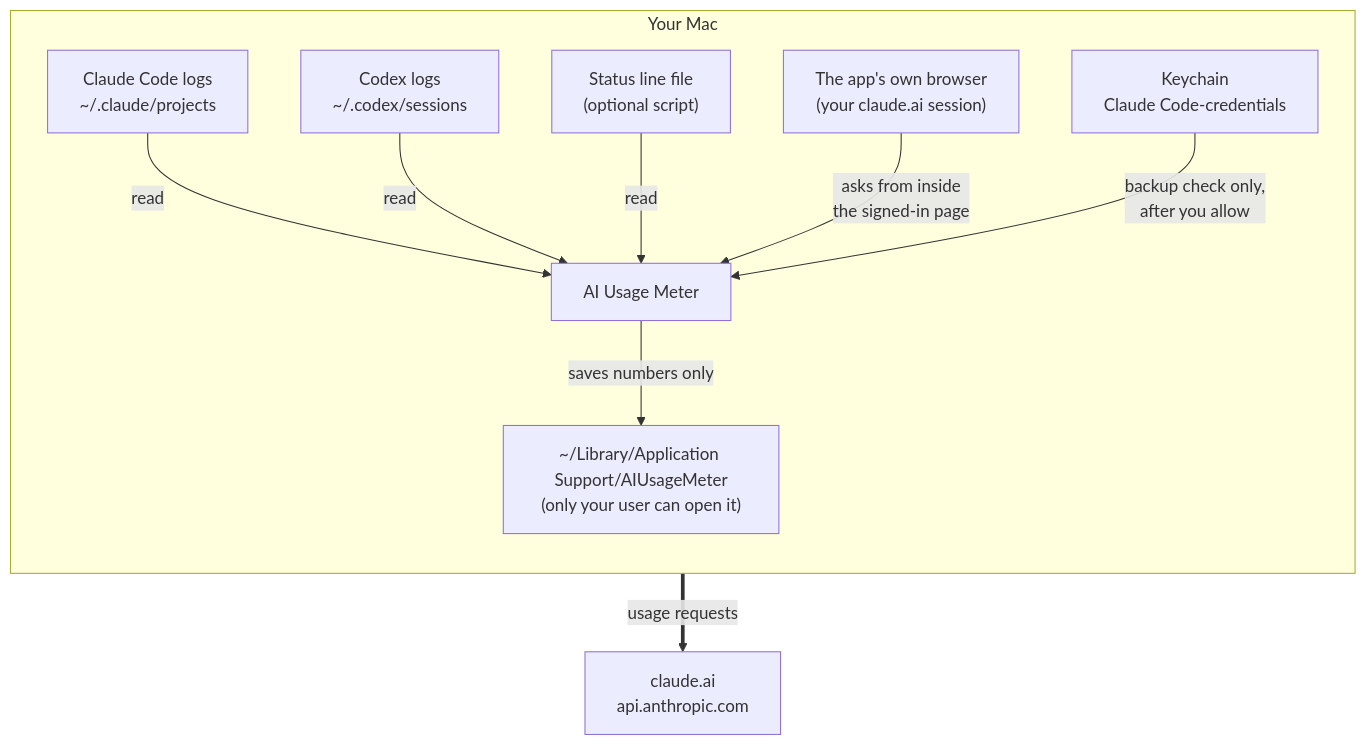
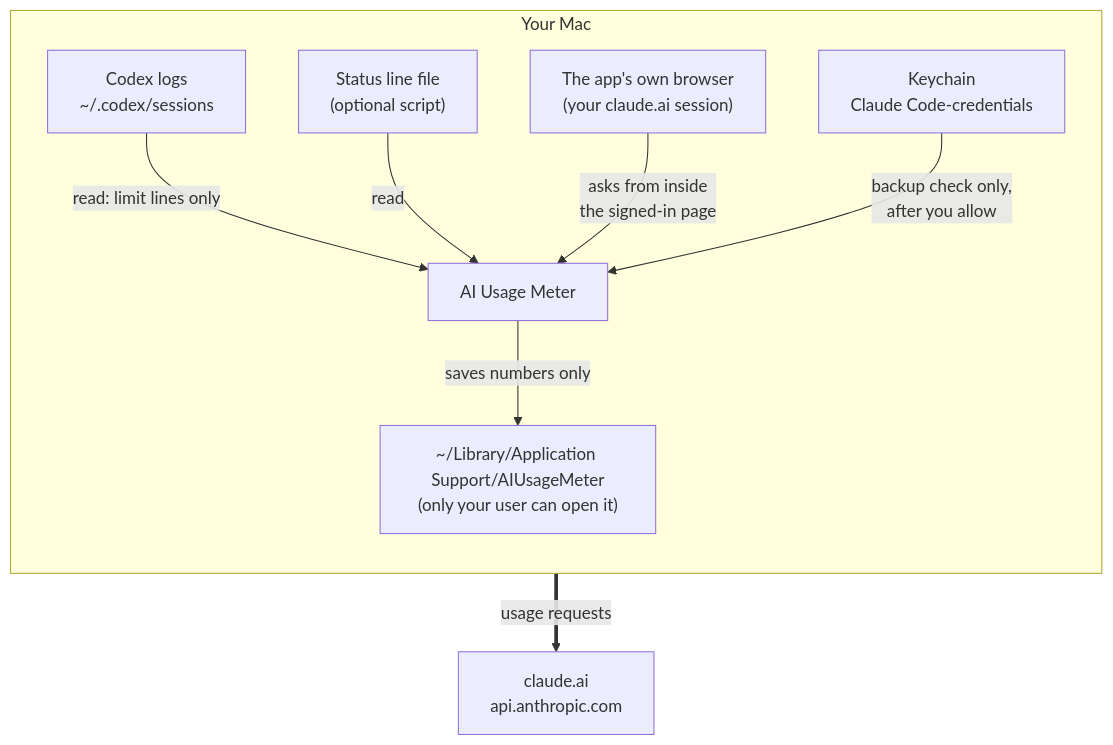
One commit to PrajwalSR/ai_usage_meter changed the first of 3 diagrams in SECURITY.md. Above: the diagram before and after it, drawn with Mermaid. The commit also changed other lines of this file and 14 other files, not shown here.

First line of the commit message:
Show limits only: stop counting tokens, never read Claude Code's logs

````diff
--- a/SECURITY.md
+++ b/SECURITY.md
@@ -25,13 +26,12 @@
 ```mermaid
 flowchart TB
     subgraph Mac["Your Mac"]
         direction TB
-        C1["Claude Code logs<br/>~/.claude/projects"] -->|"read"| APP
-        C2["Codex logs<br/>~/.codex/sessions"] -->|"read"| APP
+        C2["Codex logs<br/>~/.codex/sessions"] -->|"read: limit lines only"| APP
         SL["Status line file<br/>(optional script)"] -->|"read"| APP
         WV["The app's own browser<br/>(your claude.ai session)"] -->|"asks from inside<br/>the signed-in page"| APP
         K["Keychain<br/>Claude Code-credentials"] -->|"backup check only,<br/>after you allow"| APP
         APP["AI Usage Meter"] -->|"saves numbers only"| S["~/Library/Application Support/AIUsageMeter<br/>(only your user can open it)"]
     end
     APP ==>|"usage requests"| A["claude.ai<br/>api.anthropic.com"]
 ```
````
